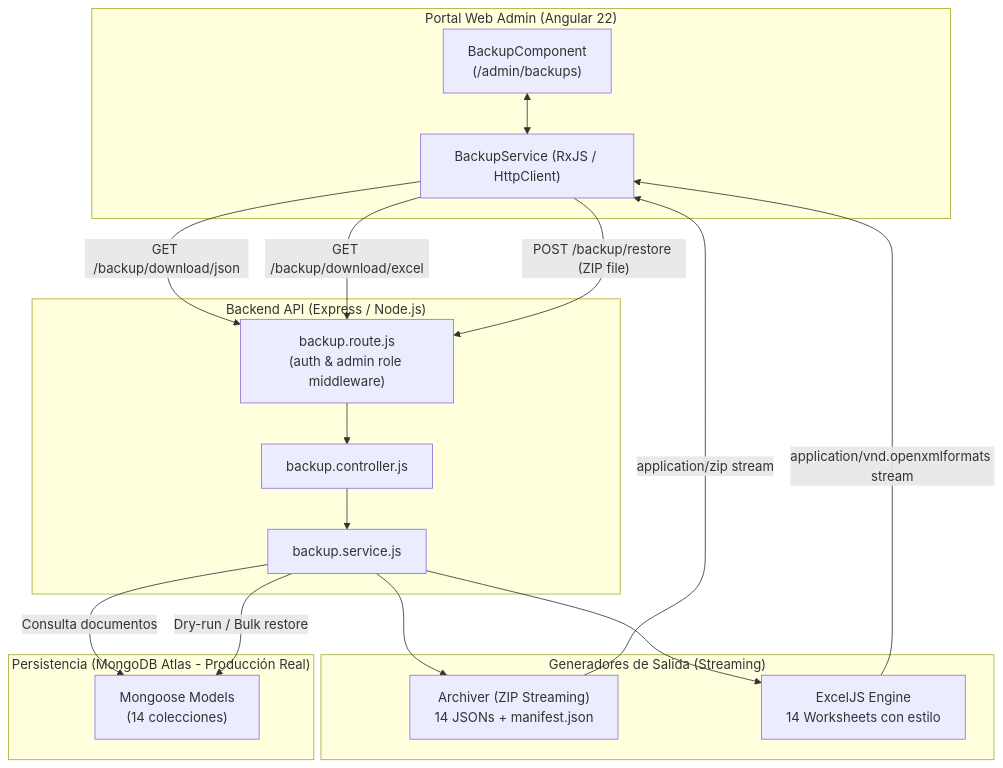
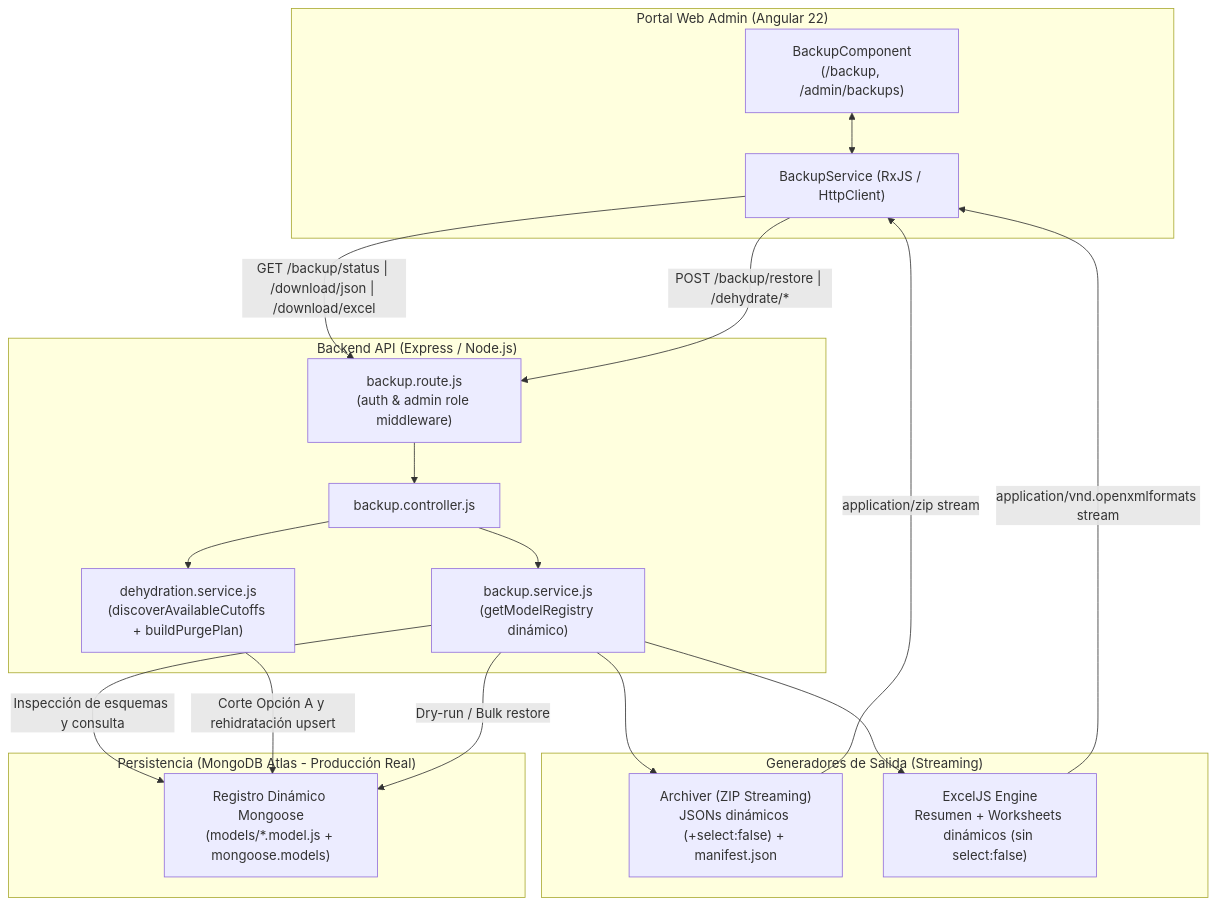
Before and after one commit to proyecto-web-abaq/documentation: the second of 4 diagrams in docs/technical/architecture.md, drawn with Mermaid. The commit also changed other lines of this file and 4 other files, not shown here.

Commit message:
docs(technical): document dynamic backup registry, 4-step cutoff flow, and immediate inactive eligibility without background cron

````diff
--- a/docs/technical/architecture.md
+++ b/docs/technical/architecture.md
@@ -347,35 +347,38 @@
 ```mermaid
 flowchart TD
     subgraph UI["Portal Web Admin (Angular 22)"]
-        BC["BackupComponent<br/>(/admin/backups)"]
+        BC["BackupComponent\n(/backup, /admin/backups)"]
         BS["BackupService (RxJS / HttpClient)"]
         BC <--> BS
     end
 
     subgraph API["Backend API (Express / Node.js)"]
-        BR["backup.route.js<br/>(auth & admin role middleware)"]
+        BR["backup.route.js\n(auth & admin role middleware)"]
         BCTL["backup.controller.js"]
-        BSERV["backup.service.js"]
-        BR --> BCTL --> BSERV
+        BSERV["backup.service.js\n(getModelRegistry dinámico)"]
+        DSERV["dehydration.service.js\n(discoverAvailableCutoffs + buildPurgePlan)"]
+        BR --> BCTL
+        BCTL --> BSERV
+        BCTL --> DSERV
     end
 
     subgraph EX["Generadores de Salida (Streaming)"]
-        ZIP["Archiver (ZIP Streaming)<br/>14 JSONs + manifest.json"]
-        XLSX["ExcelJS Engine<br/>14 Worksheets con estilo"]
+        ZIP["Archiver (ZIP Streaming)\nJSONs dinámicos (+select:false) + manifest.json"]
+        XLSX["ExcelJS Engine\nResumen + Worksheets dinámicos (sin select:false)"]
     end
 
     subgraph DB["Persistencia (MongoDB Atlas - Producción Real)"]
-        MOD["Mongoose Models<br/>(14 colecciones)"]
+        MOD["Registro Dinámico Mongoose\n(models/*.model.js + mongoose.models)"]
     end
 
-    BS -- "GET /backup/download/json" --> BR
-    BS -- "GET /backup/download/excel" --> BR
-    BS -- "POST /backup/restore (ZIP file)" --> BR
+    BS -- "GET /backup/status | /download/json | /download/excel" --> BR
+    BS -- "POST /backup/restore | /dehydrate/*" --> BR
 
-    BSERV -- "Consulta documentos" --> MOD
+    BSERV -- "Inspección de esquemas y consulta" --> MOD
+    DSERV -- "Corte Opción A y rehidratación upsert" --> MOD
     BSERV --> ZIP
     BSERV --> XLSX
     ZIP -- "application/zip stream" --> BS
     XLSX -- "application/vnd.openxmlformats stream" --> BS
     BSERV -- "Dry-run / Bulk restore" --> MOD
 ```
````
